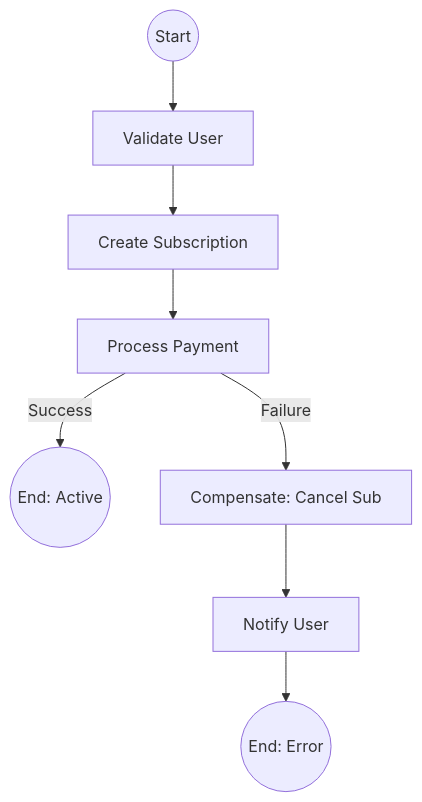
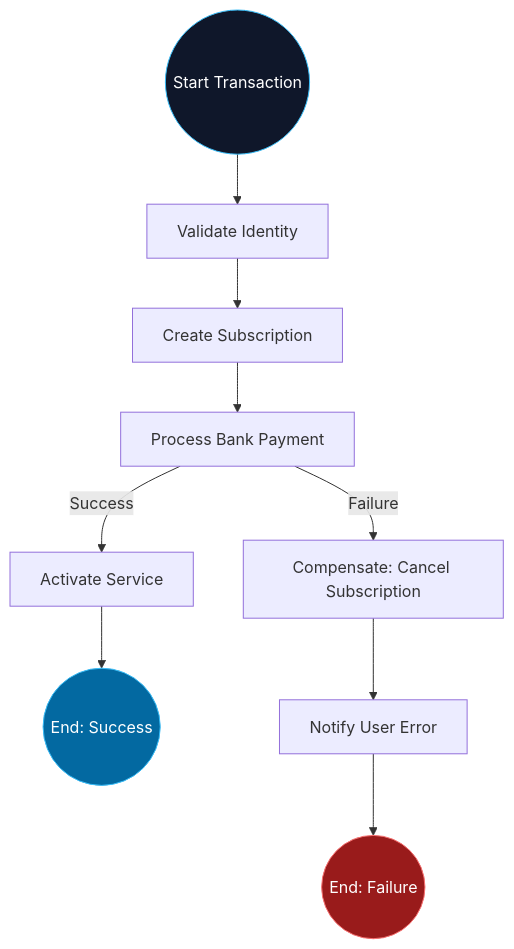
The second of 2 diagrams in docs/technical-room/en/04-PROCESS-VIEW.mdx (HecAguilaV/SIGA), drawn with Mermaid before and after one commit. The commit also changed other lines of this file and 11 other files, not shown here.

Commit message:
docs: arquitectura técnica 4+1 bilingüe final - alto contraste y accesibilidad / final 4+1 bilingual technical architecture - high contrast and accessibility

````diff
--- a/docs/technical-room/en/04-PROCESS-VIEW.mdx
+++ b/docs/technical-room/en/04-PROCESS-VIEW.mdx
@@ -36,12 +38,17 @@
 ```mermaid
 graph TD
-    Start((Start)) --> CheckAuth[Validate User]
-    CheckAuth --> CreateSub[Create Subscription]
-    CreateSub --> Pay[Process Payment]
+    Start((Start Transaction)) --> Validate[Validate Identity]
+    Validate --> Subscribe[Create Subscription]
+    Subscribe --> Charge[Process Bank Payment]
     
-    Pay -- Success --> End((End: Active))
+    Charge -- Success --> Activate[Activate Service]
+    Activate --> End((End: Success))
     
-    Pay -- Failure --> CancelSub[Compensate: Cancel Sub]
-    CancelSub --> Refund[Notify User]
-    Refund --> Fail((End: Error))
+    Charge -- Failure --> Compensate[Compensate: Cancel Subscription]
+    Compensate --> Notify[Notify User Error]
+    Notify --> Fail((End: Failure))
+
+    style Start fill:#0f172a,stroke:#38bdf8,color:#fff
+    style End fill:#0369a1,stroke:#38bdf8,color:#fff
+    style Fail fill:#991b1b,stroke:#f87171,color:#fff
 ```
````
